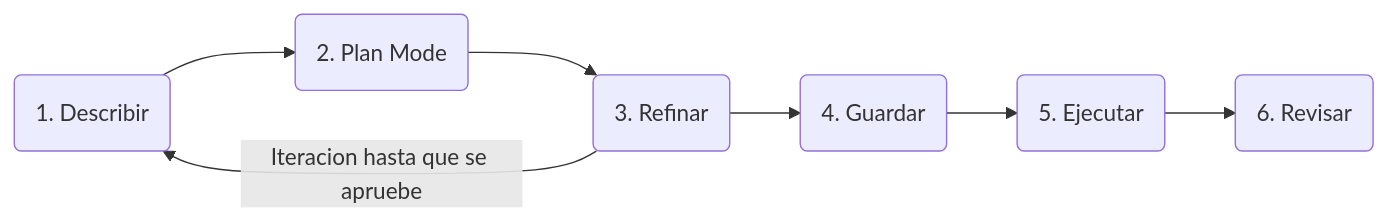
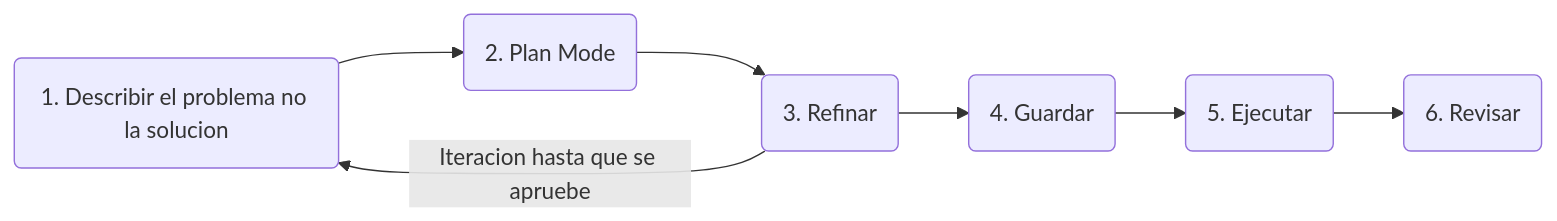
One commit to sramire3000/documentacion changed the diagram in OpenCode/SpecDrivenDevelopment.md. Above: the diagram before and after it, drawn with Mermaid.

Commit message:
Clarify problem description in diagram

````diff
--- a/OpenCode/SpecDrivenDevelopment.md
+++ b/OpenCode/SpecDrivenDevelopment.md
@@ -4,9 +4,9 @@
 ```mermaid
 graph LR
-A(1. Describir) --> B(2. Plan Mode)
+A(1. Describir el problema no la solucion) --> B(2. Plan Mode)
 B --> C(3. Refinar)
 C -- Iteracion hasta que se apruebe --> A
 C --> D(4. Guardar)
 D --> E(5. Ejecutar)
 E --> F(6. Revisar)
 ```
````
